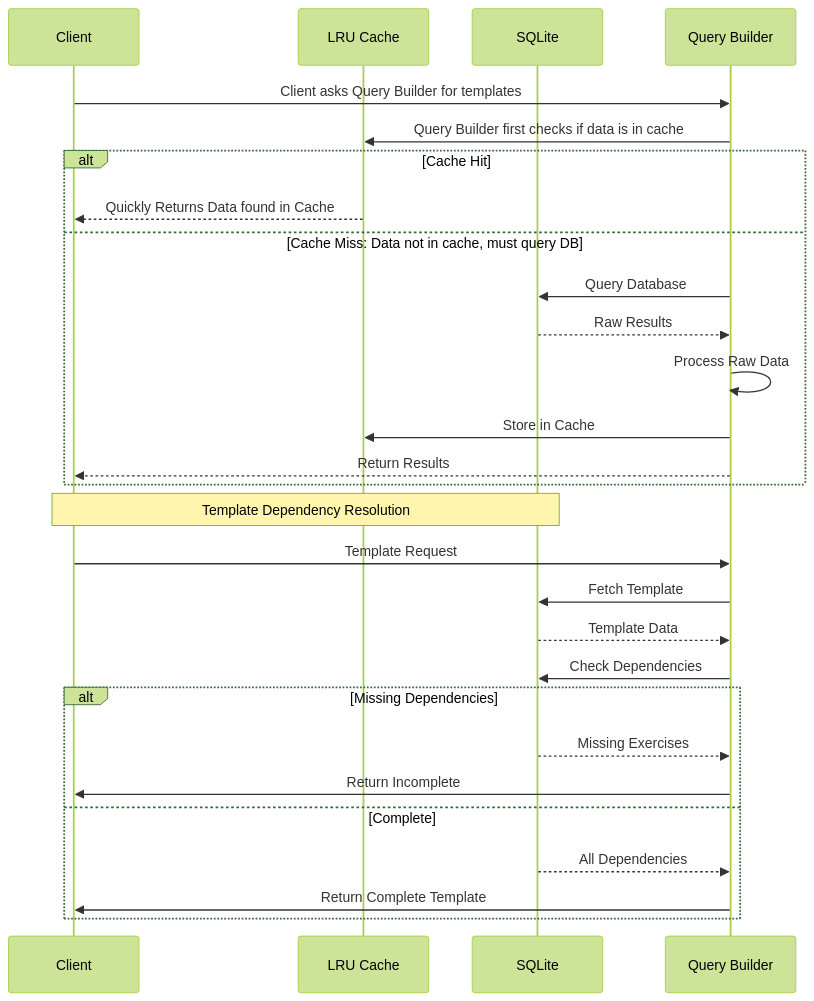
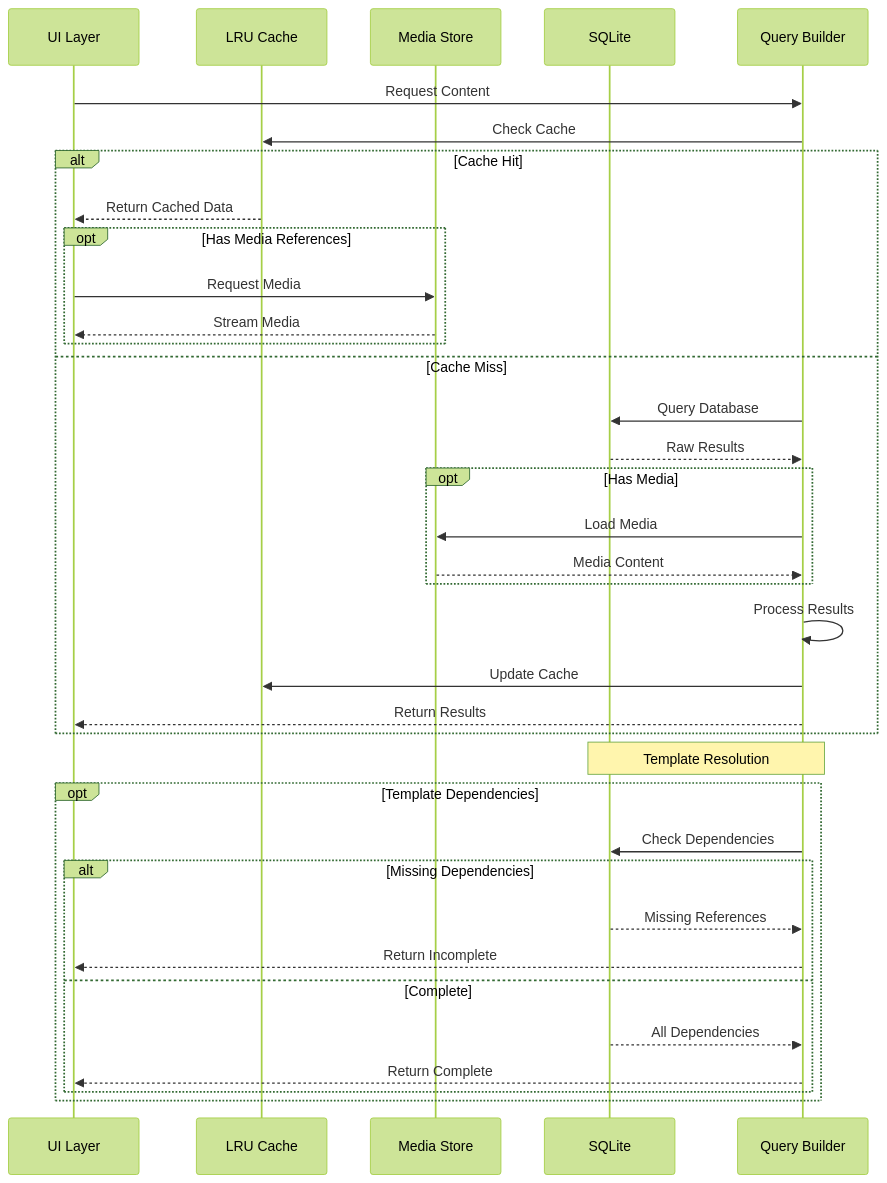
One commit to DocNR/POWR changed the third of 4 diagrams in docs/design/database_architecture.md. Above: the diagram before and after it, drawn with Mermaid (forest theme). The commit also changed other lines of this file and 1 other file, not shown here.

````diff
--- a/docs/design/database_architecture.md
+++ b/docs/design/database_architecture.md
@@ -103,35 +139,46 @@
 ```mermaid
 sequenceDiagram
-    participant C as Client
+    participant UI as UI Layer
     participant Cache as LRU Cache
+    participant Media as Media Store
     participant DB as SQLite
-    participant Q as Query Builder
+    participant Query as Query Builder
     
-    C->>Q: Client asks Query Builder for templates
-    Q->>Cache: Query Builder first checks if data is in cache
+    UI->>Query: Request Content
+    Query->>Cache: Check Cache
     
     alt Cache Hit
-        Cache-->>C: Quickly Returns Data found in Cache
-    else Cache Miss: Data not in cache, must query DB
-        Q->>DB: Query Database
-        DB-->>Q: Raw Results
-        Q->>Q: Process Raw Data
-        Q->>Cache: Store in Cache
-        Q-->>C: Return Results
+        Cache-->>UI: Return Cached Data
+        
+        opt Has Media References
+            UI->>Media: Request Media
+            Media-->>UI: Stream Media
+        end
+        
+    else Cache Miss
+        Query->>DB: Query Database
+        DB-->>Query: Raw Results
+        
+        opt Has Media
+            Query->>Media: Load Media
+            Media-->>Query: Media Content
+        end
+        
+        Query->>Query: Process Results
+        Query->>Cache: Update Cache
+        Query-->>UI: Return Results
     end
     
-    Note over C,DB: Template Dependency Resolution
+    Note over Query,DB: Template Resolution
     
-    C->>Q: Template Request
-    Q->>DB: Fetch Template
-    DB-->>Q: Template Data
-    Q->>DB: Check Dependencies
-    
-    alt Missing Dependencies
-        DB-->>Q: Missing Exercises
-        Q->>C: Return Incomplete
-    else Complete
-        DB-->>Q: All Dependencies
-        Q->>C: Return Complete Template
+    opt Template Dependencies
+        Query->>DB: Check Dependencies
+        alt Missing Dependencies
+            DB-->>Query: Missing References
+            Query-->>UI: Return Incomplete
+        else Complete
+            DB-->>Query: All Dependencies
+            Query-->>UI: Return Complete
+        end
     end
 ```
````
